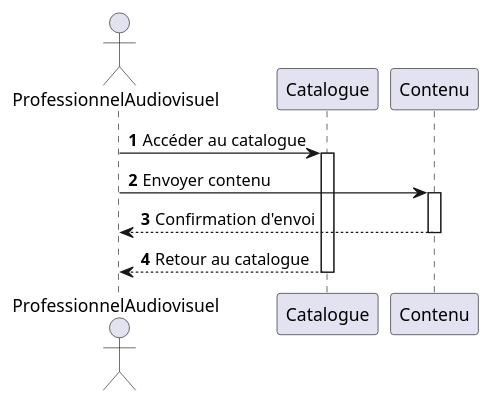
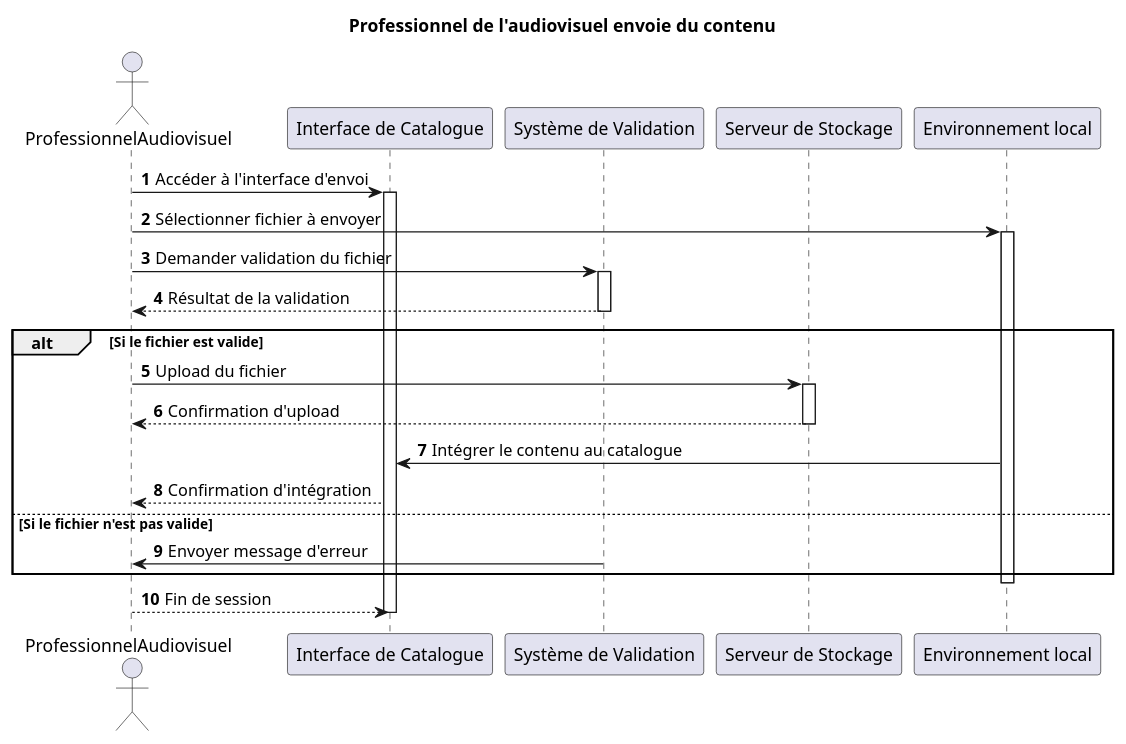
Before and after one commit to the-ark-of-noah/architecture-applicative-2024: the third of 5 diagrams in docs/functional/sequence-diagram-v1.puml, drawn with PlantUML. The commit also changed other lines of this file and 3 other files, not shown here.

```diff
--- a/docs/functional/sequence-diagram-v1.puml
+++ b/docs/functional/sequence-diagram-v1.puml
@@ -36,16 +56,38 @@
-@startuml
+@startuml Professionnel de l'audiovisuel envoie du contenu
 autonumber
 
+title Professionnel de l'audiovisuel envoie du contenu
+
 actor ProfessionnelAudiovisuel
-participant Catalogue
-participant Contenu
+participant "Interface de Catalogue" as Catalogue
+participant "Système de Validation" as Validation
+participant "Serveur de Stockage" as Stockage
+participant "Environnement local" as Contenu
 
-ProfessionnelAudiovisuel -> Catalogue: Accéder au catalogue
+ProfessionnelAudiovisuel -> Catalogue: Accéder à l'interface d'envoi
 activate Catalogue
-ProfessionnelAudiovisuel -> Contenu: Envoyer contenu
+
+ProfessionnelAudiovisuel -> Contenu: Sélectionner fichier à envoyer
 activate Contenu
-ProfessionnelAudiovisuel <-- Contenu: Confirmation d'envoi
+
+ProfessionnelAudiovisuel -> Validation: Demander validation du fichier
+activate Validation
+Validation --> ProfessionnelAudiovisuel: Résultat de la validation
+deactivate Validation
+
+alt Si le fichier est valide
+    ProfessionnelAudiovisuel -> Stockage: Upload du fichier
+    activate Stockage
+    Stockage --> ProfessionnelAudiovisuel: Confirmation d'upload
+    deactivate Stockage
+
+    Contenu -> Catalogue: Intégrer le contenu au catalogue
+    Catalogue --> ProfessionnelAudiovisuel: Confirmation d'intégration
+else Si le fichier n'est pas valide
+    Validation -> ProfessionnelAudiovisuel: Envoyer message d'erreur
+end
+
 deactivate Contenu
-ProfessionnelAudiovisuel <-- Catalogue: Retour au catalogue
+ProfessionnelAudiovisuel --> Catalogue: Fin de session
 deactivate Catalogue
 @enduml
```
